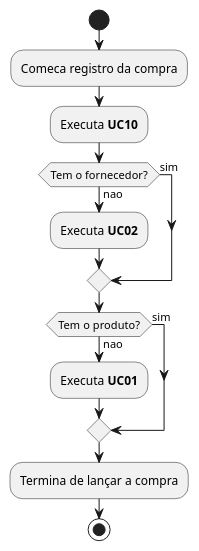
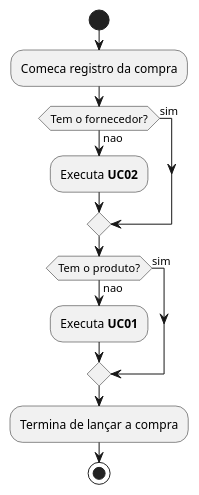
One commit to BiriGica/AtividadeAvaliada_25032026_fork changed the second of 7 diagrams in docs/GiovannaLimaGarcia_25000201.md. Above: the diagram before and after it, drawn with PlantUML. The commit also changed other lines of this file, not shown here.

```diff
--- a/docs/GiovannaLimaGarcia_25000201.md
+++ b/docs/GiovannaLimaGarcia_25000201.md
@@ -212,15 +212,14 @@
 @startuml
 start
 :Comeca registro da compra;
-:Executa **UC10**;
 if (Tem o fornecedor?) then (nao)
   :Executa **UC02**;
 else (sim)
 endif
 if (Tem o produto?) then (nao)
   :Executa **UC01**;
 else (sim)
 endif
 :Termina de lançar a compra;
 stop
 @enduml
```
